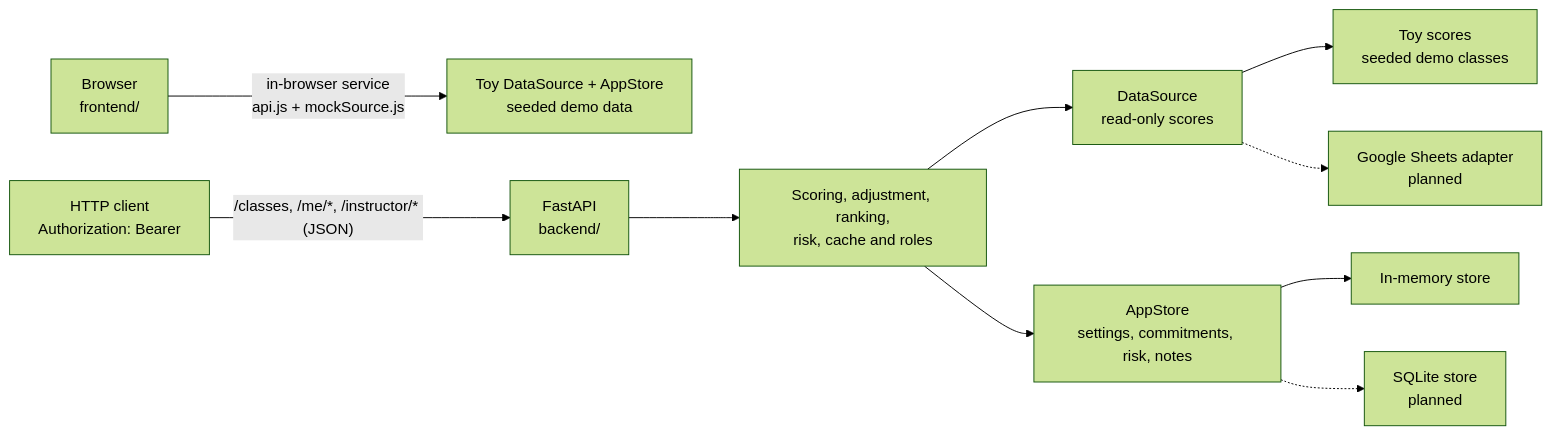
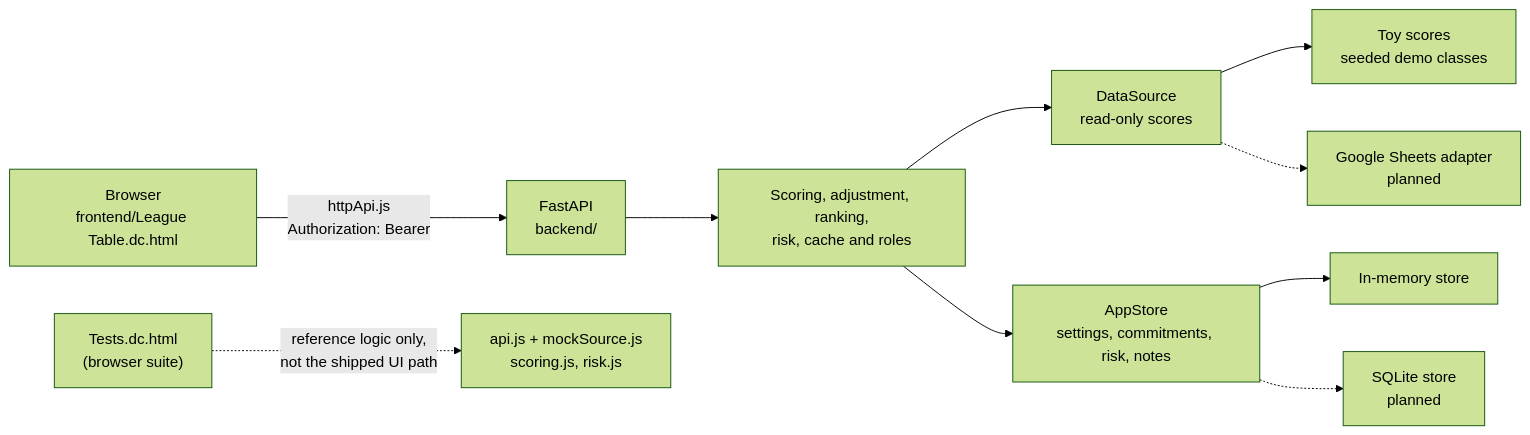
Before and after one commit to educatorsRlearners/league-table: the diagram in README.md, drawn with Mermaid (forest theme). The commit also changed other lines of this file, not shown here.

````diff
--- a/README.md
+++ b/README.md
@@ -50,12 +50,12 @@
 ```mermaid
 flowchart LR
-  UI["Browser<br/>frontend/"] -->|"in-browser service<br/>api.js + mockSource.js"| TOY["Toy DataSource + AppStore<br/>seeded demo data"]
-  HTTP["HTTP client<br/>Authorization: Bearer"] -->|"/classes, /me/*, /instructor/* (JSON)"| API["FastAPI<br/>backend/"]
+  UI["Browser<br/>frontend/League Table.dc.html"] -->|"httpApi.js<br/>Authorization: Bearer"| API["FastAPI<br/>backend/"]
   API --> S["Scoring, adjustment, ranking,<br/>risk, cache and roles"]
   S --> DS["DataSource<br/>read-only scores"]
   S --> AS["AppStore<br/>settings, commitments, risk, notes"]
   DS --> M["Toy scores<br/>seeded demo classes"]
   DS -.-> G["Google Sheets adapter<br/>planned"]
   AS --> MEM["In-memory store"]
   AS -.-> SQ["SQLite store<br/>planned"]
+  TESTS["Tests.dc.html<br/>(browser suite)"] -.->|"reference logic only,<br/>not the shipped UI path"| MOCK["api.js + mockSource.js<br/>scoring.js, risk.js"]
 ```
````
